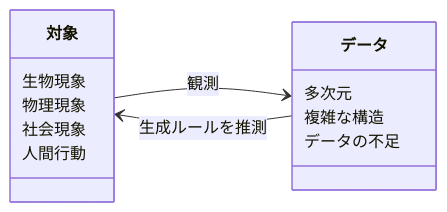
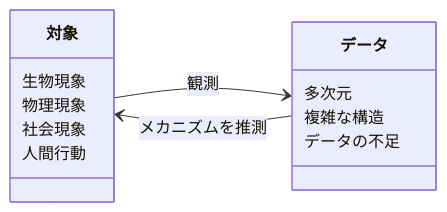
One commit to lvzeyu/social_modeling_lecture changed the first of 2 diagrams in lecture2/slides.md. Above: the diagram before and after it, drawn with Mermaid. The commit also changed other lines of this file and 3 other files, not shown here.

````diff
--- a/lecture2/slides.md
+++ b/lecture2/slides.md
@@ -66,21 +66,21 @@
 ```mermaid {theme: 'neutral', scale: 1}
 classDiagram
 direction LR
 
 class 対象 {
   生物現象
   物理現象
   社会現象
   人間行動
 }
 
 class データ {
   多次元
   複雑な構造
   データの不足
 }
 
 対象 --> データ : 観測
-データ --> 対象 : 生成ルールを推測
+データ --> 対象 : メカニズムを推測
 
 ```
````
